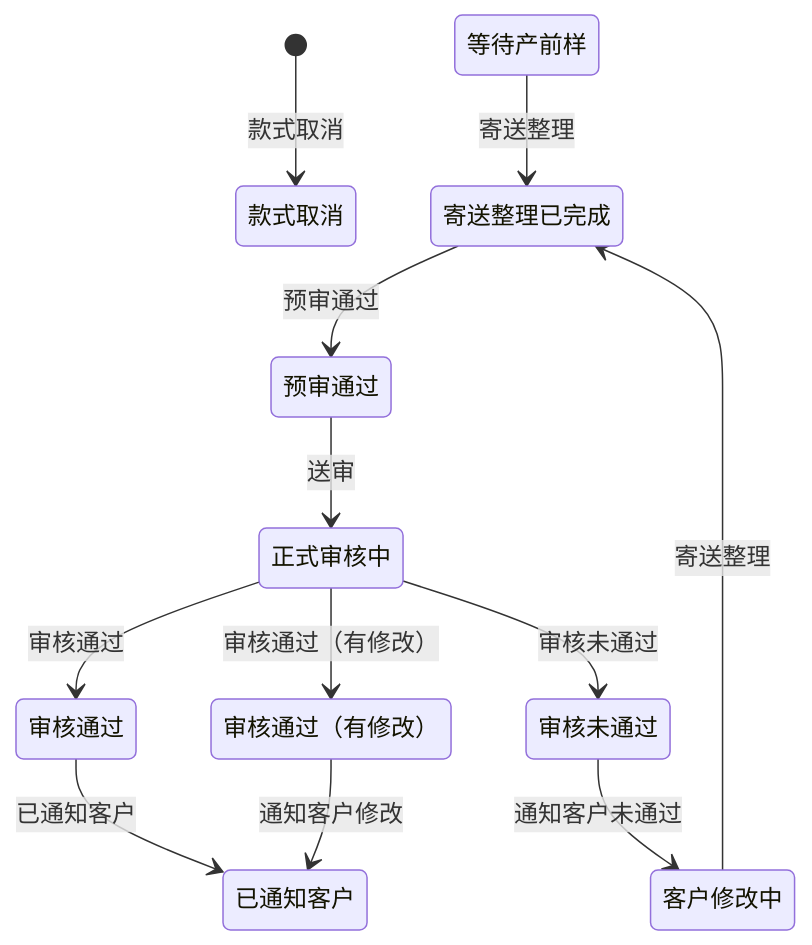
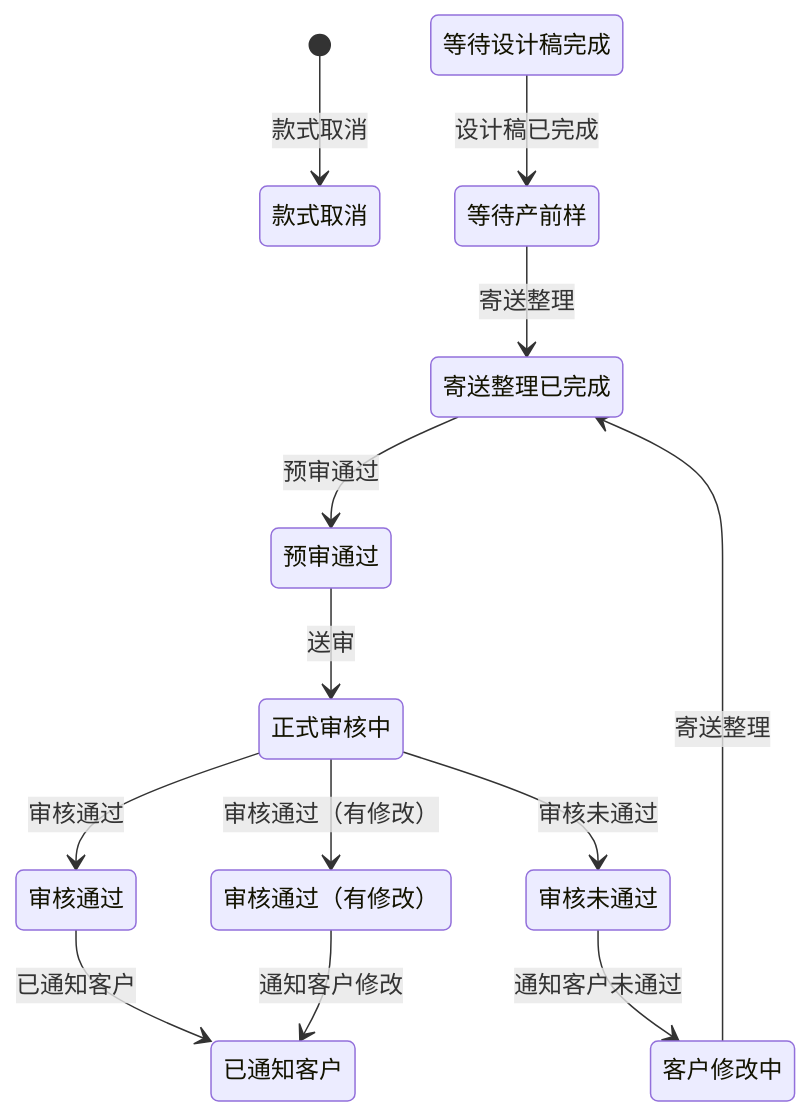
Before and after one commit to FIPOCHINA/fipo-fsm: the diagram in docs/PPS_display.mermaid, drawn with Mermaid. The commit also changed 7 other files, not shown here.

```diff
--- a/docs/PPS_display.mermaid
+++ b/docs/PPS_display.mermaid
@@ -1,12 +1,13 @@
 stateDiagram-v2
 [*] --> 款式取消 : 款式取消
+等待设计稿完成 --> 等待产前样 : 设计稿已完成
 等待产前样 --> 寄送整理已完成 : 寄送整理
 寄送整理已完成 --> 预审通过 : 预审通过
 预审通过 --> 正式审核中 : 送审
 正式审核中 --> 审核通过 : 审核通过
 正式审核中 --> 审核未通过 : 审核未通过
 正式审核中 --> 审核通过（有修改） : 审核通过（有修改）
 审核通过 --> 已通知客户 : 已通知客户
 审核未通过 --> 客户修改中 : 通知客户未通过
 客户修改中 --> 寄送整理已完成 : 寄送整理
 审核通过（有修改） --> 已通知客户 : 通知客户修改
```
